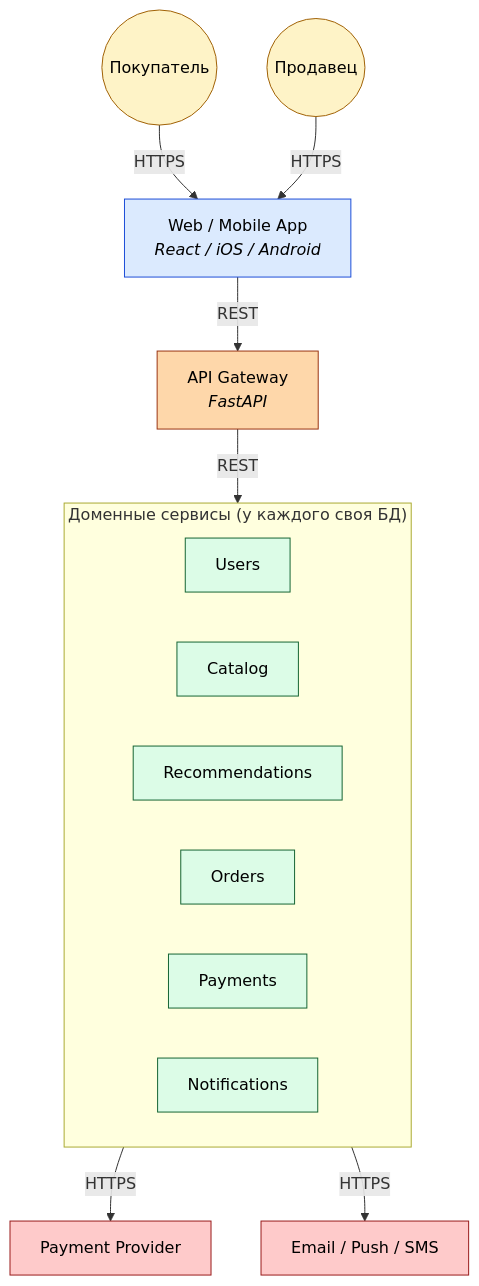
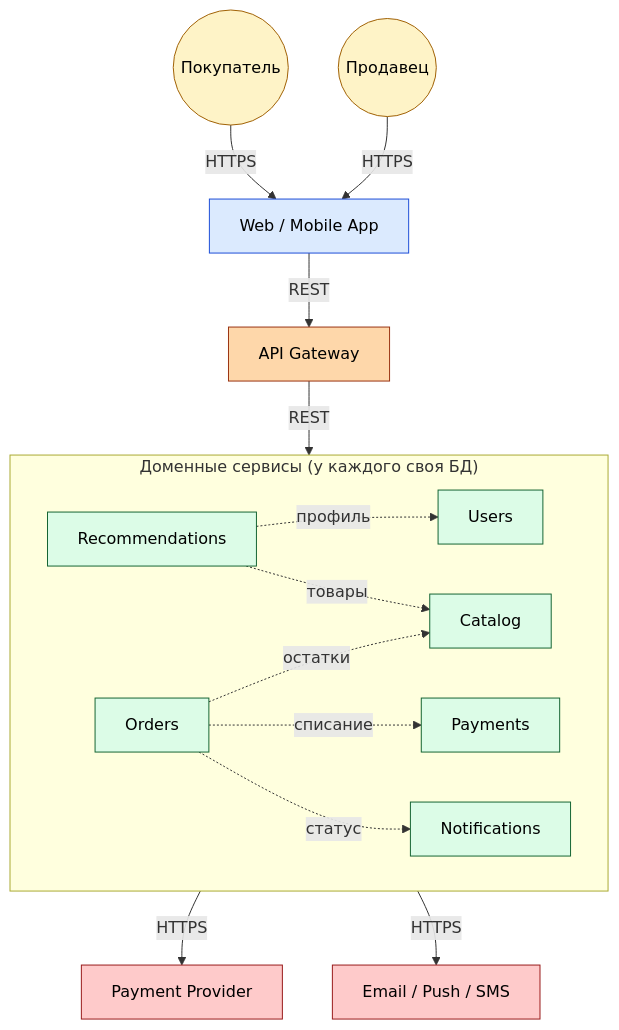
The diagram in README.md (DaryaAndryeva/hw-1-Marketplace), drawn with Mermaid before and after one commit. The commit also changed other lines of this file and 1 other file, not shown here.

````diff
--- a/README.md
+++ b/README.md
@@ -28,35 +26,41 @@
 ```mermaid
 flowchart TB
     classDef actor fill:#fef3c7,stroke:#a16207,color:#000
     classDef client fill:#dbeafe,stroke:#1d4ed8,color:#000
     classDef gateway fill:#fed7aa,stroke:#9a3412,color:#000
     classDef service fill:#dcfce7,stroke:#166534,color:#000
     classDef ext fill:#fecaca,stroke:#991b1b,color:#000
 
     buyer(("Покупатель")):::actor
     seller(("Продавец")):::actor
 
-    web["Web / Mobile App<br/><i>React / iOS / Android</i>"]:::client
-    gw["API Gateway<br/><i>FastAPI</i>"]:::gateway
+    web["Web / Mobile App"]:::client
+    gw["API Gateway"]:::gateway
 
     subgraph svc["Доменные сервисы (у каждого своя БД)"]
         direction LR
         users["Users"]:::service
         catalog["Catalog"]:::service
         recs["Recommendations"]:::service
         orders["Orders"]:::service
         payments["Payments"]:::service
         notify["Notifications"]:::service
     end
 
     psp["Payment Provider"]:::ext
     channels["Email / Push / SMS"]:::ext
 
     buyer -- HTTPS --> web
     seller -- HTTPS --> web
     web -- REST --> gw
     gw -- REST --> svc
 
+    recs -. профиль .-> users
+    recs -. товары .-> catalog
+    orders -. остатки .-> catalog
+    orders -. списание .-> payments
+    orders -. статус .-> notify
+
     payments -- HTTPS --> psp
     notify -- HTTPS --> channels
 ```
````
